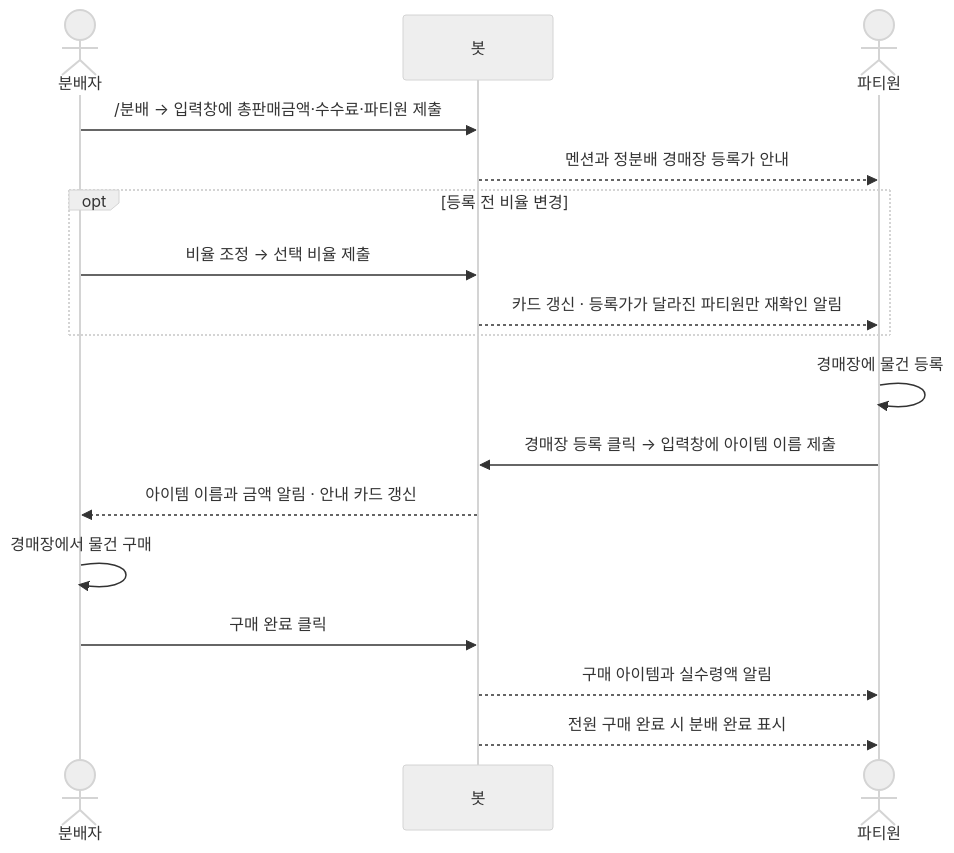
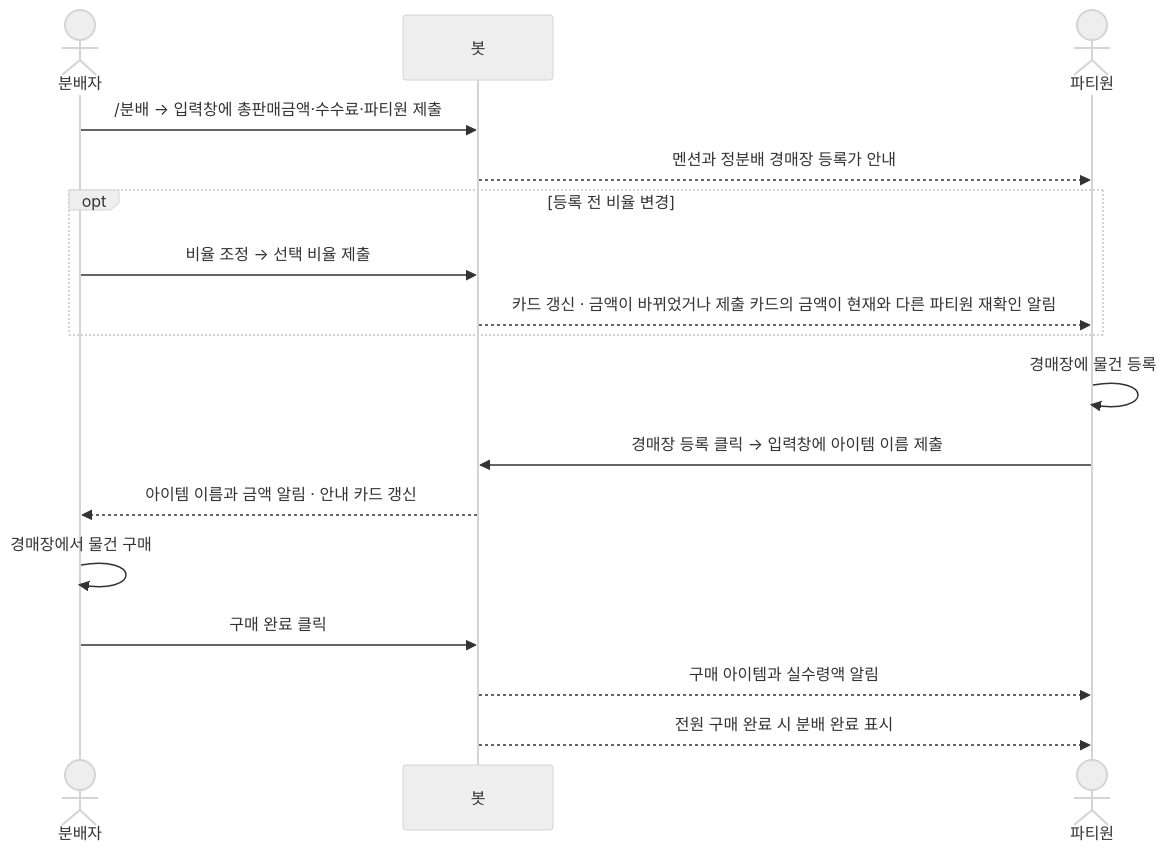
The diagram in README.md (JinDevLab/ricemonkey-bot), drawn with Mermaid (neutral theme) before and after one commit. The commit also changed other lines of this file and 2 other files, not shown here.

````diff
--- a/README.md
+++ b/README.md
@@ -70,19 +70,19 @@
 ```mermaid
 sequenceDiagram
     actor Distributor as 분배자
     participant Bot as 봇
     actor Member as 파티원
     Distributor->>Bot: /분배 → 입력창에 총판매금액·수수료·파티원 제출
     Bot-->>Member: 멘션과 정분배 경매장 등록가 안내
     opt 등록 전 비율 변경
         Distributor->>Bot: 비율 조정 → 선택 비율 제출
-        Bot-->>Member: 카드 갱신 · 등록가가 달라진 파티원만 재확인 알림
+        Bot-->>Member: 카드 갱신 · 금액이 바뀌었거나 제출 카드의 금액이 현재와 다른 파티원 재확인 알림
     end
     Member->>Member: 경매장에 물건 등록
     Member->>Bot: 경매장 등록 클릭 → 입력창에 아이템 이름 제출
     Bot-->>Distributor: 아이템 이름과 금액 알림 · 안내 카드 갱신
     Distributor->>Distributor: 경매장에서 물건 구매
     Distributor->>Bot: 구매 완료 클릭
     Bot-->>Member: 구매 아이템과 실수령액 알림
     Bot-->>Member: 전원 구매 완료 시 분배 완료 표시
 ```
````
